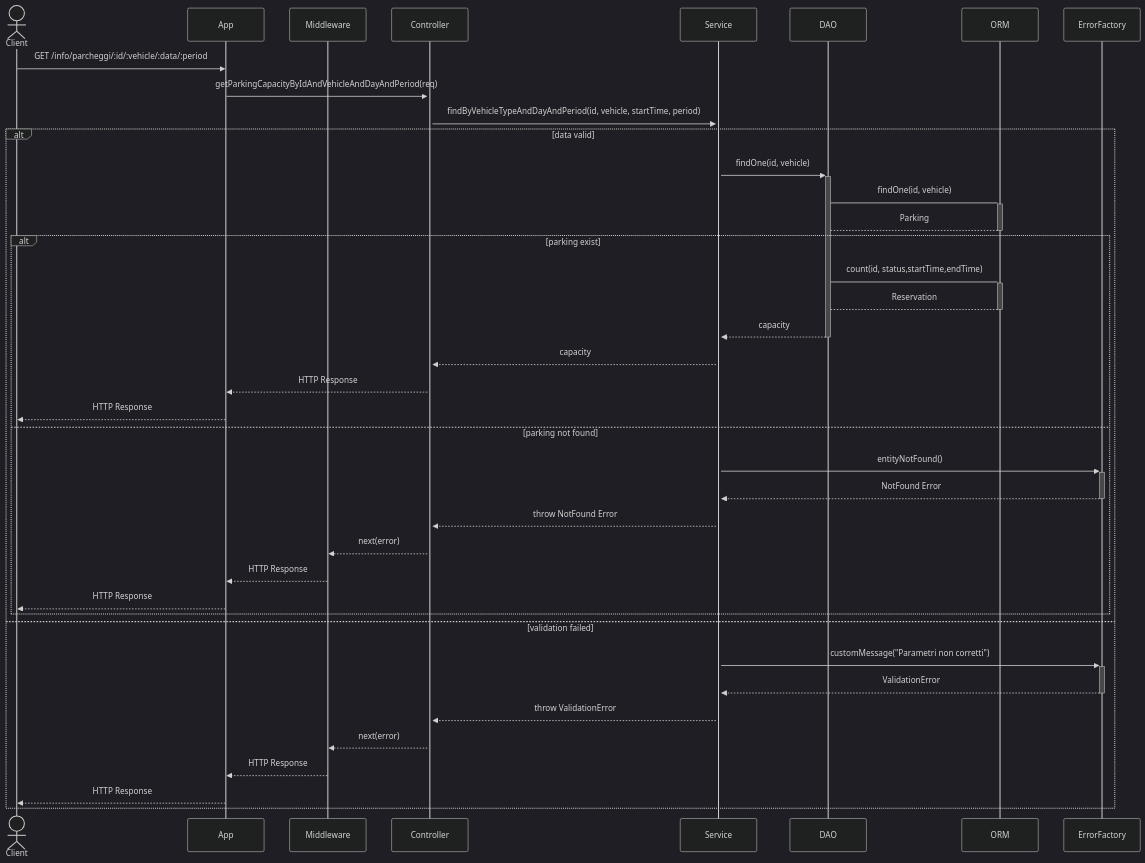
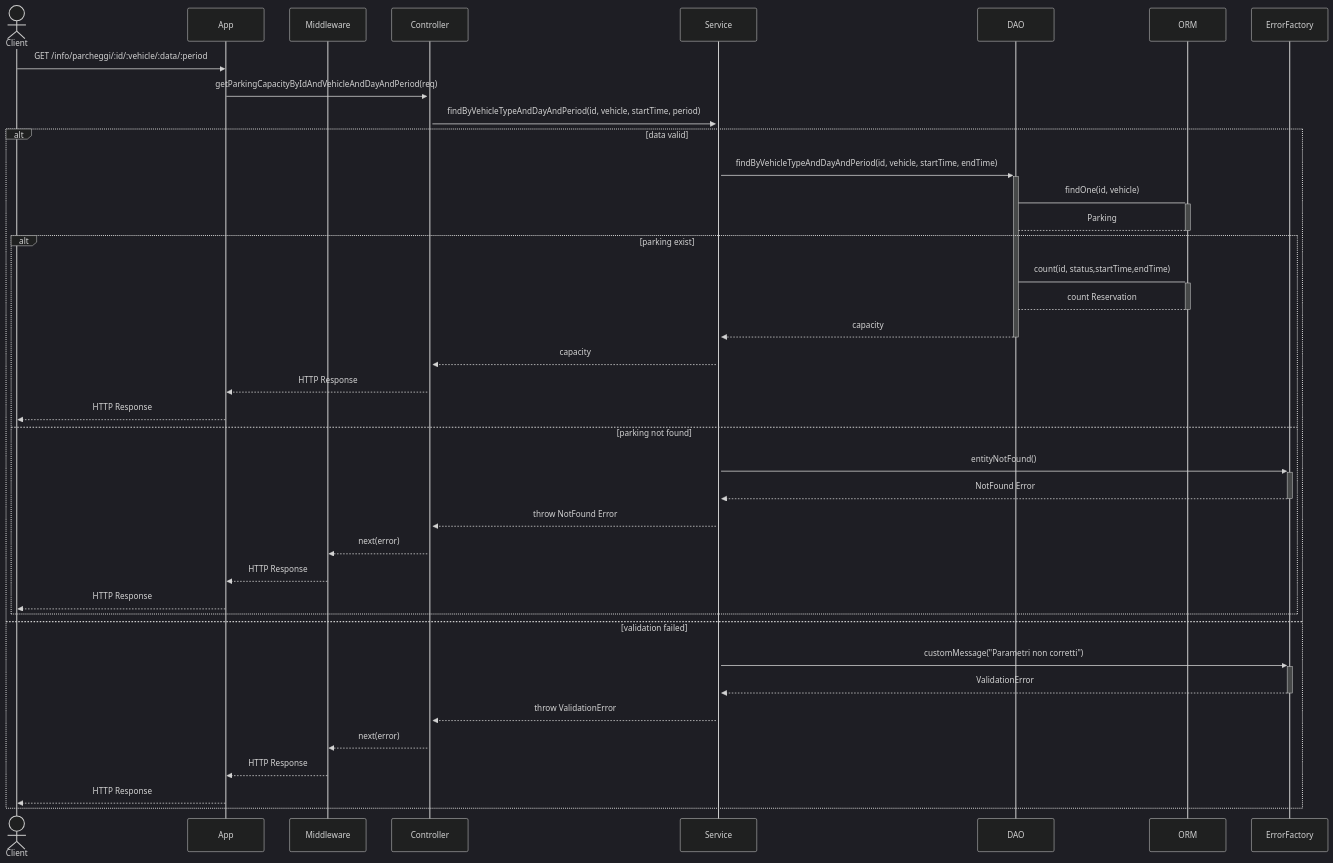
The ninth of 14 diagrams in README.md (niccolociotti/parking_PA), drawn with Mermaid (dark theme) before and after one commit. The commit also changed other lines of this file, not shown here.

````diff
--- a/README.md
+++ b/README.md
@@ -576,43 +587,43 @@
 ```mermaid
 sequenceDiagram
     actor Client
     participant App
     participant Middleware
     participant Controller
     participant Service
     participant DAO
     participant ORM
     participant ErrorFactory
 
     Client->>App: GET /info/parcheggi/:id/:vehicle/:data/:period
     App->>+Controller: getParkingCapacityByIdAndVehicleAndDayAndPeriod(req)
     Controller->>+Service: findByVehicleTypeAndDayAndPeriod(id, vehicle, startTime, period)
     alt data valid     
-      Service->>+DAO: findOne(id, vehicle)
+      Service->>+DAO: findByVehicleTypeAndDayAndPeriod(id, vehicle, startTime, endTime)
       DAO->+ORM: findOne(id, vehicle)
       ORM-->-DAO: Parking
       alt parking exist
         DAO->+ORM: count(id, status,startTime,endTime)
-        ORM-->-DAO: Reservation
+        ORM-->-DAO:  count Reservation
         DAO-->>-Service: capacity
         Service-->>Controller: capacity
         Controller-->>App: HTTP Response
         App-->>Client: HTTP Response
       else parking not found
         Service->>+ErrorFactory: entityNotFound()
         ErrorFactory-->>-Service: NotFound Error
         Service-->>Controller: throw NotFound Error
         Controller-->>Middleware: next(error)
         Middleware-->>App: HTTP Response
         App-->>Client: HTTP Response
       end
     else validation failed
         Service->>+ErrorFactory: customMessage("Parametri non corretti")
         ErrorFactory-->>-Service: ValidationError
         Service-->>Controller: throw ValidationError
         Controller-->>Middleware: next(error)
         Middleware-->>App: HTTP Response
         App-->>Client: HTTP Response
     end
 
 ```
````
